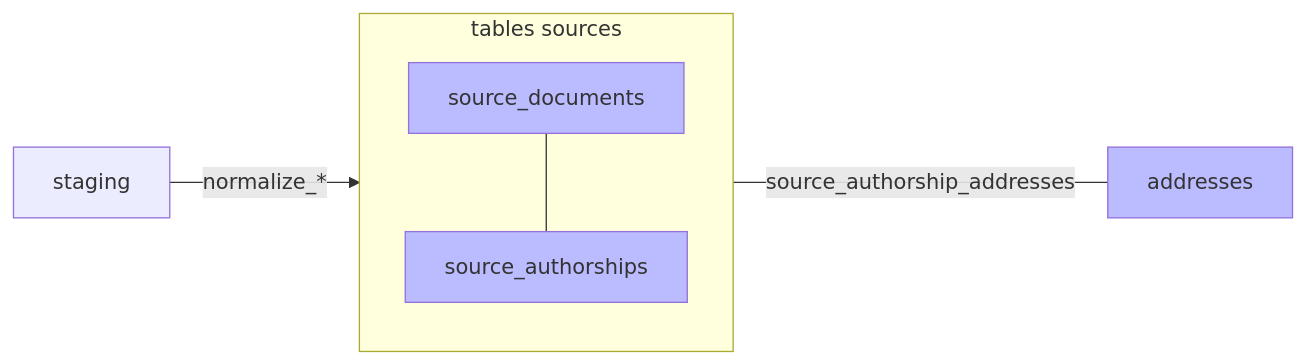
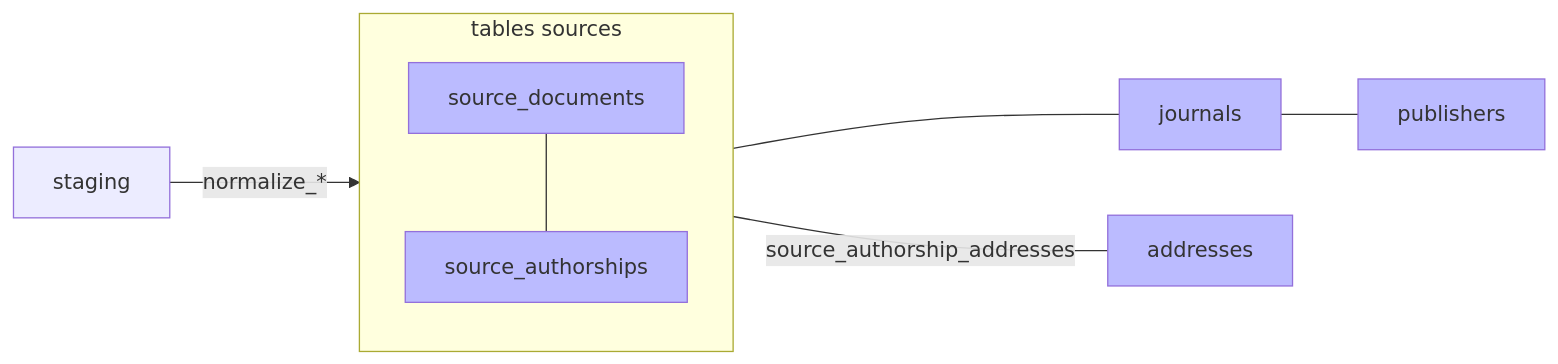
Before and after one commit to Y33sha/bibliometrie-uca: the diagram in docs/pipeline/03-normalize.md, drawn with Mermaid. The commit also changed other lines of this file and 6 other files, not shown here.

````diff
--- a/docs/pipeline/03-normalize.md
+++ b/docs/pipeline/03-normalize.md
@@ -3,11 +3,12 @@
 ```mermaid
 flowchart LR
     B[staging]-->|normalize_*|G
     subgraph G[tables sources]
         direction TB
         C[source_documents]---D[source_authorships]
     end
+    C---journals---publishers
     D---|source_authorship_addresses|F[addresses]
     classDef new  fill:#bbf
-    class C,D,F new;
+    class C,D,F,journals,publishers new;
 ```
````
